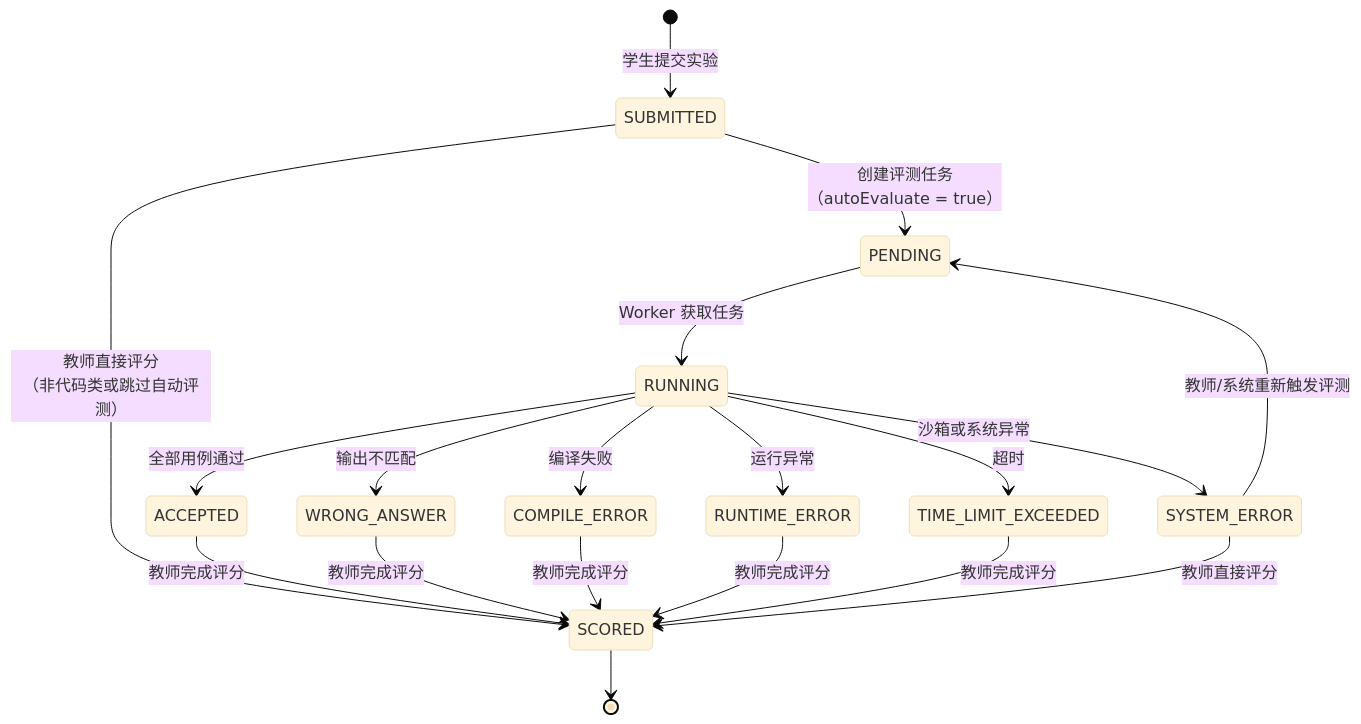
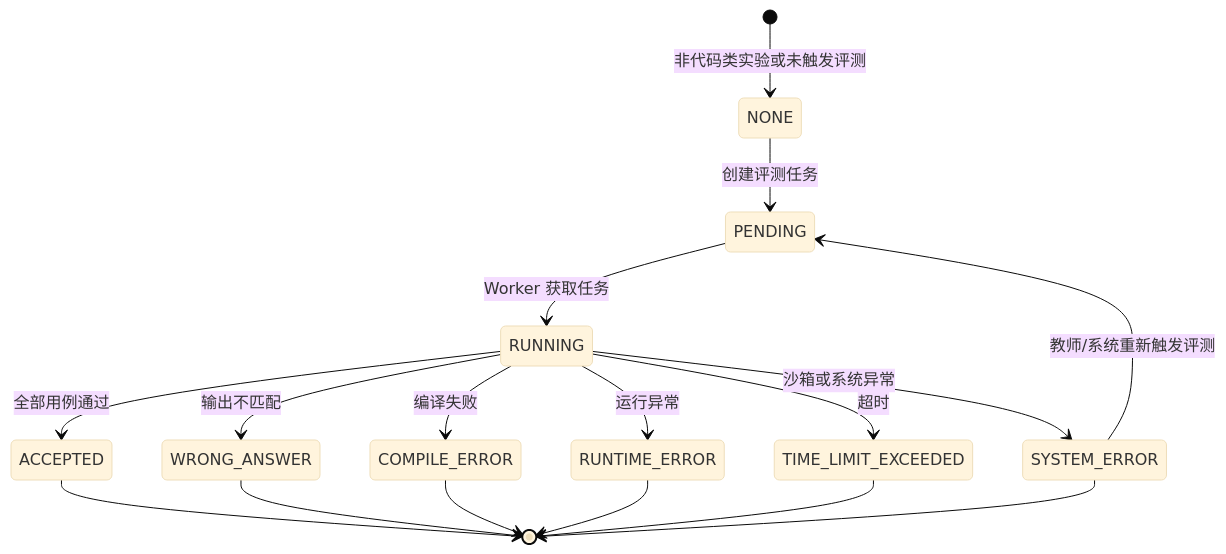
Diagram 33 of 53 in docs/最终提交/软件详细设计说明书.md (Cr4zyorange/OnlineJudge), drawn with Mermaid (base theme) before and after one commit. The commit also changed other lines of this file and 33 other files, not shown here.

````diff
--- a/docs/最终提交/软件详细设计说明书.md
+++ b/docs/最终提交/软件详细设计说明书.md
@@ -3067,21 +3089,19 @@
 ```mermaid
 stateDiagram-v2
-    [*] --> SUBMITTED: 学生提交实验
-    SUBMITTED --> PENDING: 创建评测任务<br/>（autoEvaluate = true）
-    SUBMITTED --> SCORED: 教师直接评分<br/>（非代码类或跳过自动评测）
+    [*] --> NONE: 非代码类实验或未触发评测
+    NONE --> PENDING: 创建评测任务
     PENDING --> RUNNING: Worker 获取任务
     RUNNING --> ACCEPTED: 全部用例通过
     RUNNING --> WRONG_ANSWER: 输出不匹配
     RUNNING --> COMPILE_ERROR: 编译失败
     RUNNING --> RUNTIME_ERROR: 运行异常
     RUNNING --> TIME_LIMIT_EXCEEDED: 超时
     RUNNING --> SYSTEM_ERROR: 沙箱或系统异常
-    ACCEPTED --> SCORED: 教师完成评分
-    WRONG_ANSWER --> SCORED: 教师完成评分
-    COMPILE_ERROR --> SCORED: 教师完成评分
-    RUNTIME_ERROR --> SCORED: 教师完成评分
-    TIME_LIMIT_EXCEEDED --> SCORED: 教师完成评分
     SYSTEM_ERROR --> PENDING: 教师/系统重新触发评测
-    SYSTEM_ERROR --> SCORED: 教师直接评分
-    SCORED --> [*]
+    ACCEPTED --> [*]
+    WRONG_ANSWER --> [*]
+    COMPILE_ERROR --> [*]
+    RUNTIME_ERROR --> [*]
+    TIME_LIMIT_EXCEEDED --> [*]
+    SYSTEM_ERROR --> [*]
 ```
````
